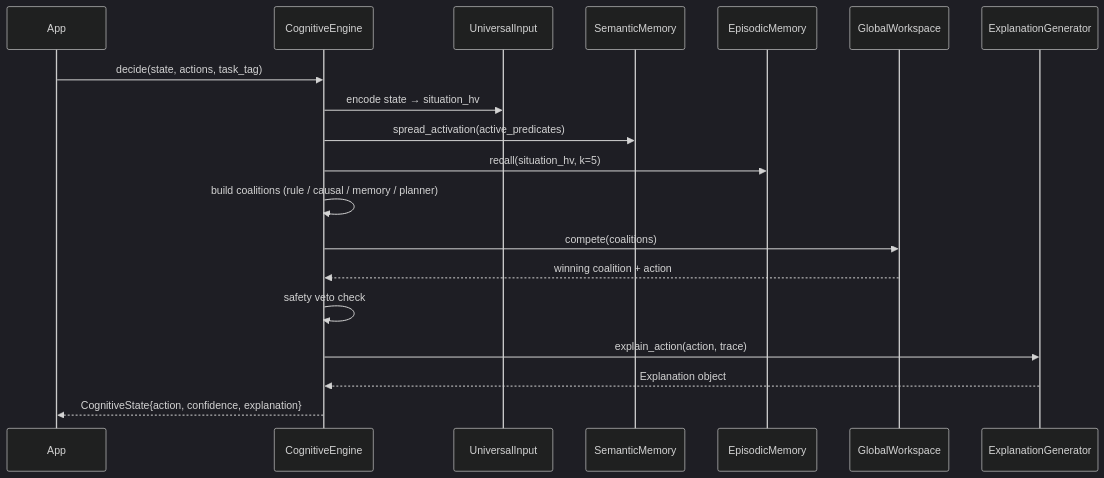
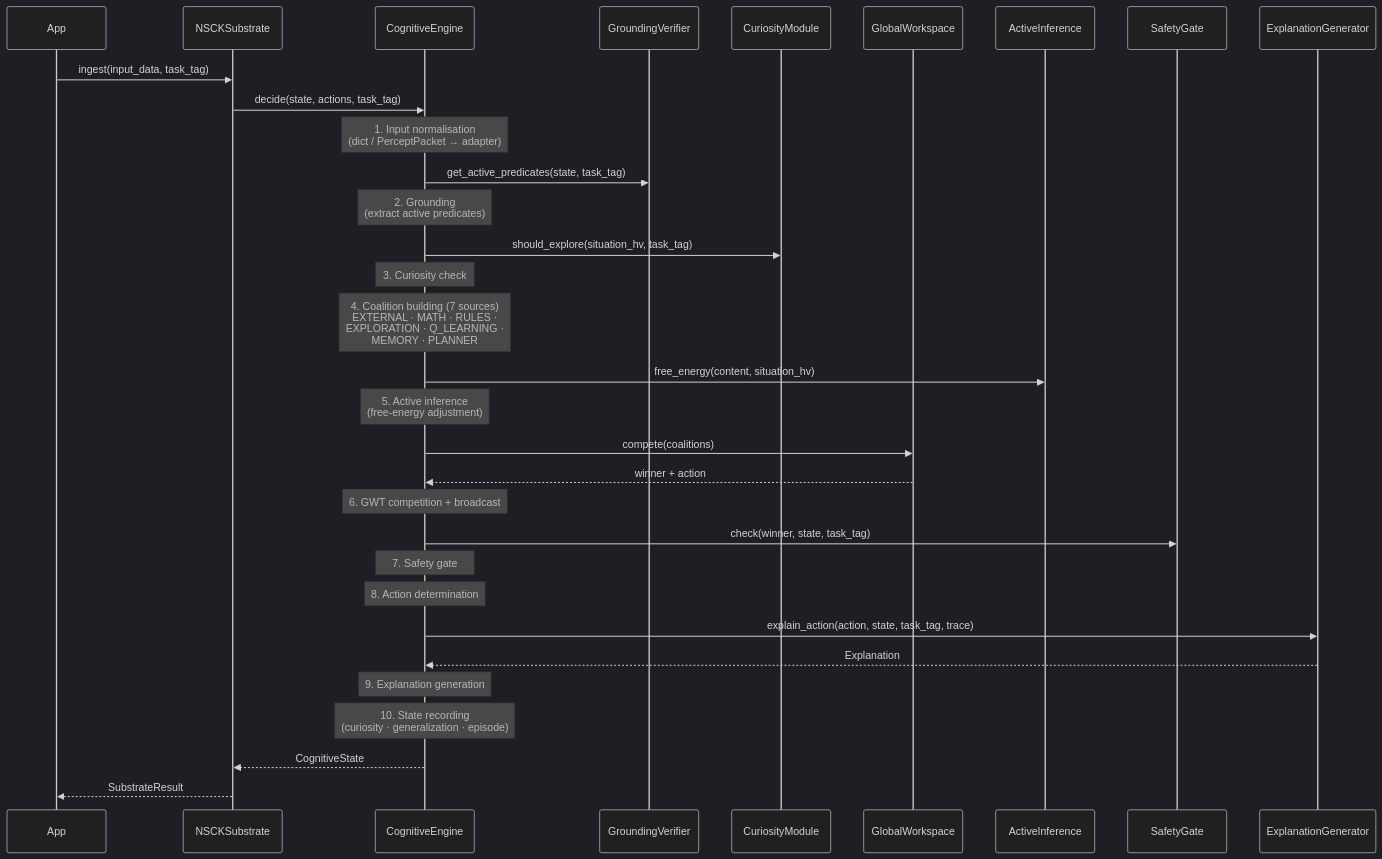
One commit to shiva2321/Neuro-Symbolic-Cognitive-Kernel changed the second of 2 diagrams in nsck/README.md. Above: the diagram before and after it, drawn with Mermaid (dark theme). The commit also changed other lines of this file, not shown here.

````diff
--- a/nsck/README.md
+++ b/nsck/README.md
@@ -143,22 +169,45 @@
 ```mermaid
 sequenceDiagram
     participant App
+    participant SUB as NSCKSubstrate
     participant CE as CognitiveEngine
-    participant UI as UniversalInput
-    participant SM as SemanticMemory
-    participant EM as EpisodicMemory
+    participant GV as GroundingVerifier
+    participant CUR as CuriosityModule
     participant GWT as GlobalWorkspace
+    participant AI as ActiveInference
+    participant SG as SafetyGate
     participant EG as ExplanationGenerator
 
-    App->>CE: decide(state, actions, task_tag)
-    CE->>UI: encode state → situation_hv
-    CE->>SM: spread_activation(active_predicates)
-    CE->>EM: recall(situation_hv, k=5)
-    CE->>CE: build coalitions (rule / causal / memory / planner)
+    App->>SUB: ingest(input_data, task_tag)
+    SUB->>CE: decide(state, actions, task_tag)
+
+    Note over CE: 1. Input normalisation<br/>(dict / PerceptPacket → adapter)
+    CE->>GV: get_active_predicates(state, task_tag)
+    Note over CE: 2. Grounding<br/>(extract active predicates)
+
+    CE->>CUR: should_explore(situation_hv, task_tag)
+    Note over CE: 3. Curiosity check
+
+    Note over CE: 4. Coalition building (7 sources)<br/>EXTERNAL · MATH · RULES ·<br/>EXPLORATION · Q_LEARNING ·<br/>MEMORY · PLANNER
+
+    CE->>AI: free_energy(content, situation_hv)
+    Note over CE: 5. Active inference<br/>(free-energy adjustment)
+
     CE->>GWT: compete(coalitions)
-    GWT-->>CE: winning coalition + action
-    CE->>CE: safety veto check
-    CE->>EG: explain_action(action, trace)
-    EG-->>CE: Explanation object
-    CE-->>App: CognitiveState{action, confidence, explanation}
+    GWT-->>CE: winner + action
+    Note over CE: 6. GWT competition + broadcast
+
+    CE->>SG: check(winner, state, task_tag)
+    Note over CE: 7. Safety gate
+
+    Note over CE: 8. Action determination
+
+    CE->>EG: explain_action(action, state, task_tag, trace)
+    EG-->>CE: Explanation
+    Note over CE: 9. Explanation generation
+
+    Note over CE: 10. State recording<br/>(curiosity · generalization · episode)
+
+    CE-->>SUB: CognitiveState
+    SUB-->>App: SubstrateResult
 ```
````
